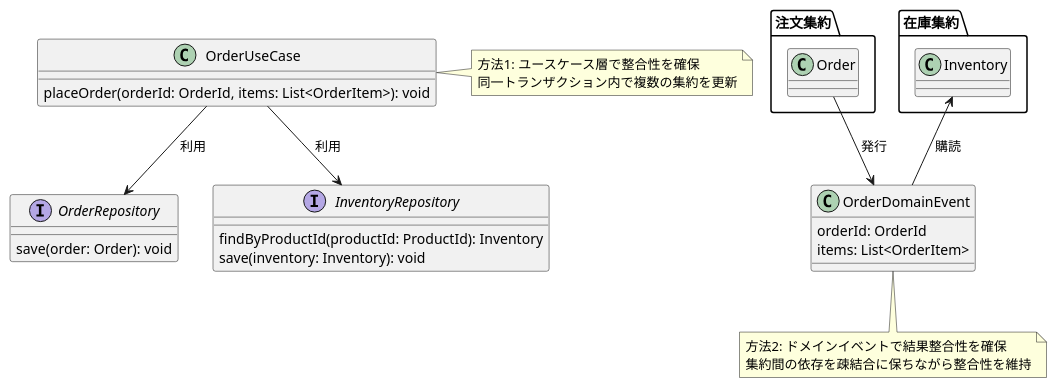
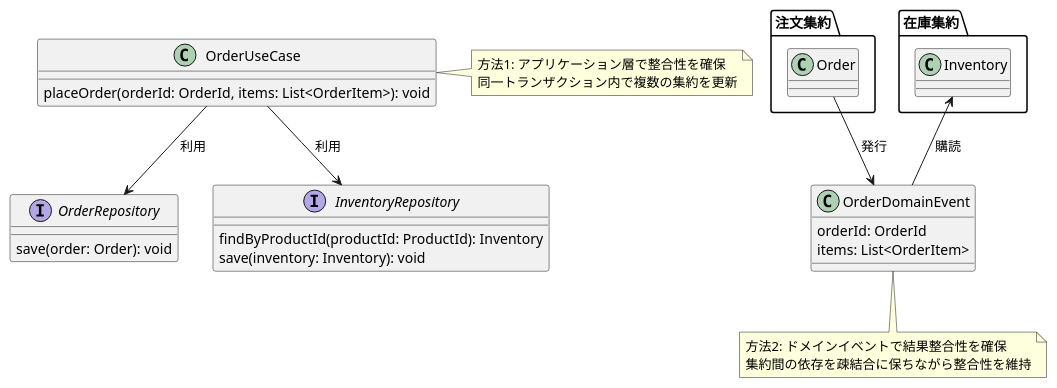
Before and after one commit to mizo432/modulith-learning: the sixth of 14 diagrams in src/doc/04 ドメイン駆動設計モデリング/第6 章 ドメイン層の実装.md, drawn with PlantUML. The commit also changed other lines of this file and 8 other files, not shown here.

First line of the commit message:
MarkdownとPlantUMLの構造を改善

````diff
--- a/src/doc/04 ドメイン駆動設計モデリング/第6 章 ドメイン層の実装.md
+++ b/src/doc/04 ドメイン駆動設計モデリング/第6 章 ドメイン層の実装.md
@@ -237,45 +237,45 @@
 ```plantuml
 @startuml
 package "注文集約" {
   class Order
 }
 
 package "在庫集約" {
   class Inventory
 }
 
 class OrderUseCase {
   placeOrder(orderId: OrderId, items: List<OrderItem>): void
 }
 
 interface OrderRepository {
   save(order: Order): void
 }
 
 interface InventoryRepository {
   findByProductId(productId: ProductId): Inventory
   save(inventory: Inventory): void
 }
 
 OrderUseCase --> OrderRepository: 利用
 OrderUseCase --> InventoryRepository: 利用
 
 note right of OrderUseCase
-  方法1: ユースケース層で整合性を確保
+  方法1: アプリケーション層で整合性を確保
   同一トランザクション内で複数の集約を更新
 end note
 
 class OrderDomainEvent {
   orderId: OrderId
   items: List<OrderItem>
 }
 
 Order --> OrderDomainEvent: 発行
 Inventory <-- OrderDomainEvent: 購読
 
 note bottom of OrderDomainEvent
   方法2: ドメインイベントで結果整合性を確保
   集約間の依存を疎結合に保ちながら整合性を維持
 end note
 @enduml
 ```
````
